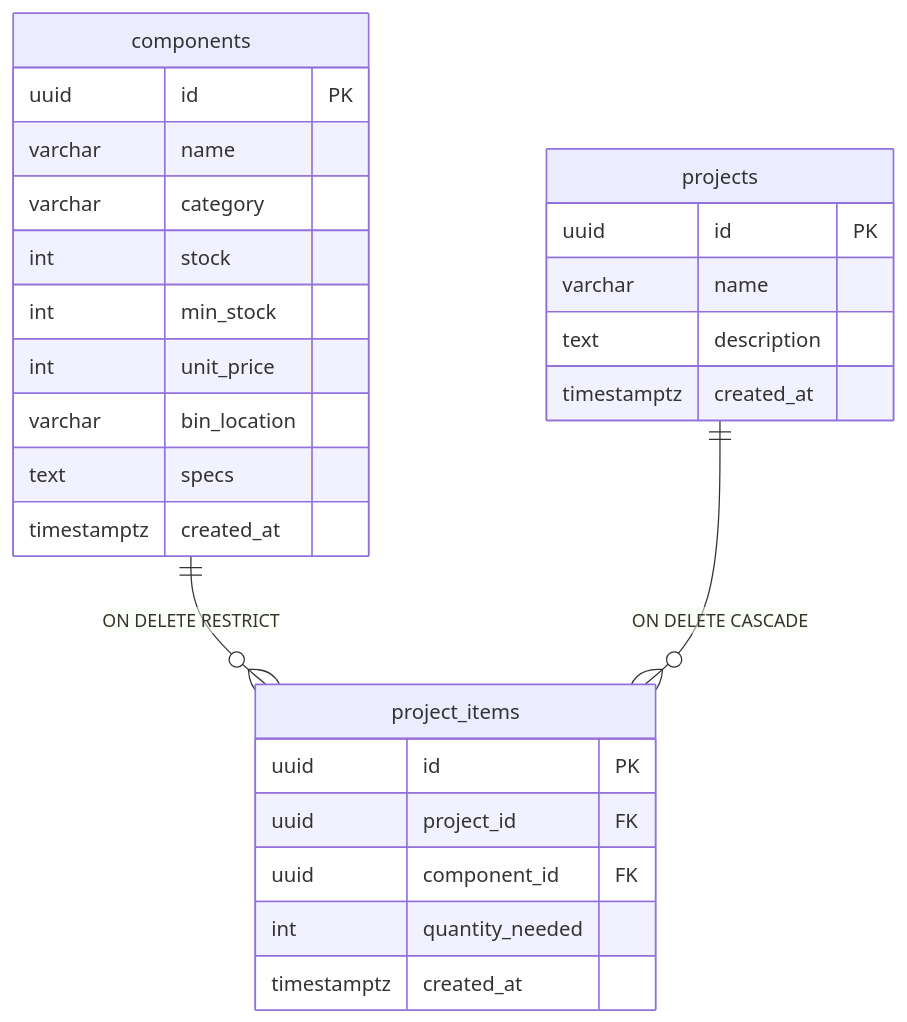
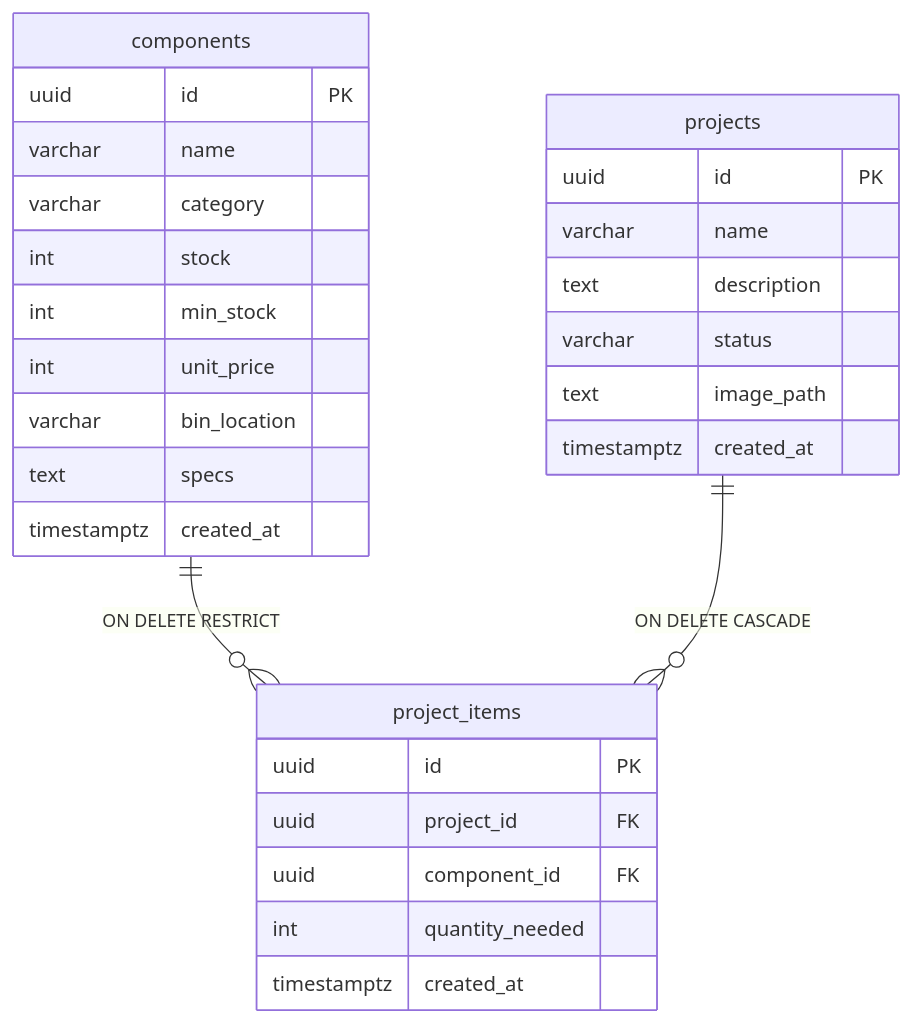
Before and after one commit to RobertusWilliamSusanto/partsbin: the second of 2 diagrams in README.md, drawn with Mermaid. The commit also changed other lines of this file and 3 other files, not shown here.

````diff
--- a/README.md
+++ b/README.md
@@ -58,32 +58,34 @@
 ```mermaid
 erDiagram
   components ||--o{ project_items : "ON DELETE RESTRICT"
   projects ||--o{ project_items : "ON DELETE CASCADE"
 
   components {
     uuid id PK
     varchar name
     varchar category
     int stock
     int min_stock
     int unit_price
     varchar bin_location
     text specs
     timestamptz created_at
   }
 
   projects {
     uuid id PK
     varchar name
     text description
+    varchar status
+    text image_path
     timestamptz created_at
   }
 
   project_items {
     uuid id PK
     uuid project_id FK
     uuid component_id FK
     int quantity_needed
     timestamptz created_at
   }
 ```
````
